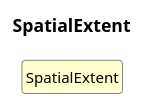
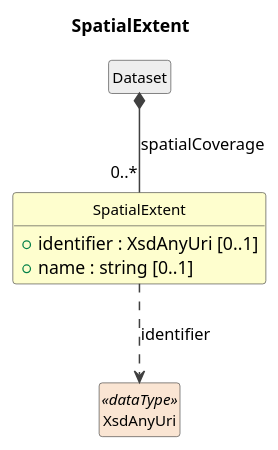
The diagram in cdif-uml-model/cdifDiscovery/Classes/SpatialExtent.pu (Cross-Domain-Interoperability-Framework/metadataBuildingBlocks), drawn with PlantUML before and after one commit. The commit also changed 466 other files, not shown here.

First line of the commit message:
cdif-uml-model: regen for cdifDiscovery split (module + composites)

```diff
--- a/cdif-uml-model/cdifDiscovery/Classes/SpatialExtent.pu
+++ b/cdif-uml-model/cdifDiscovery/Classes/SpatialExtent.pu
@@ -1,15 +1,22 @@
 @startuml
 title SpatialExtent
 hide circle
 hide empty members
 skinparam shadowing false
 skinparam ArrowThickness 1.2
 skinparam class {
   ArrowColor #404040
   BorderColor #404040
   FontSize 12
 }
 
-class "SpatialExtent" as SpatialExtent #FEFECE
+class "SpatialExtent" as SpatialExtent #FEFECE {
+  +identifier : XsdAnyUri [0..1]
+  +name : string [0..1]
+}
+class "Dataset" as Dataset #EEEEEE
+Dataset *-- "0..*" SpatialExtent : spatialCoverage
+class "XsdAnyUri" as XsdAnyUri <<dataType>> #FAE5D3
+SpatialExtent ..> XsdAnyUri : identifier
 
 @enduml
```
